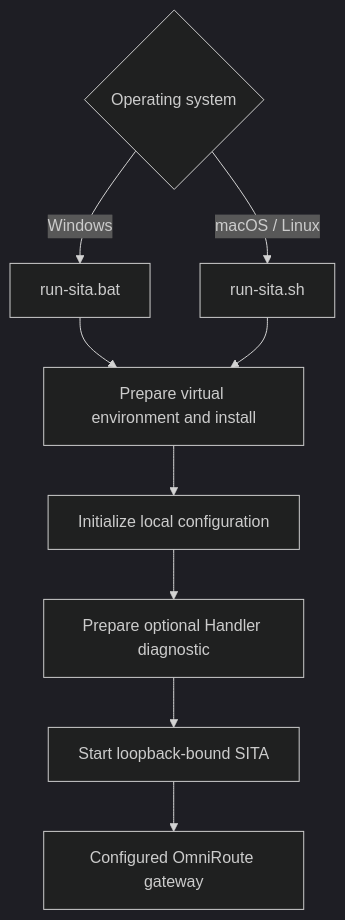
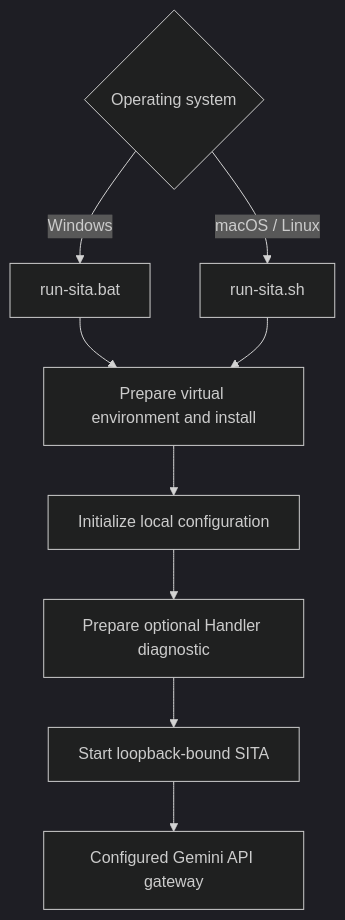
Before and after one commit to deathkernel/SITA: diagram 11 of 12 in README.md, drawn with Mermaid (dark theme). The commit also changed other lines of this file, not shown here.

Commit message:
Update README model provider references to Gemini

````diff
--- a/README.md
+++ b/README.md
@@ -487,11 +487,11 @@
 ```mermaid
 flowchart TD
   Platform{Operating system} -->|Windows| BAT[run-sita.bat]
   Platform -->|macOS / Linux| SH[run-sita.sh]
   BAT --> VENV[Prepare virtual environment and install]
   SH --> VENV
   VENV --> Config[Initialize local configuration]
   Config --> Handler[Prepare optional Handler diagnostic]
   Handler --> App[Start loopback-bound SITA]
-  App --> Gateway[Configured OmniRoute gateway]
+  App --> Gateway[Configured Gemini API gateway]
 ```
````
